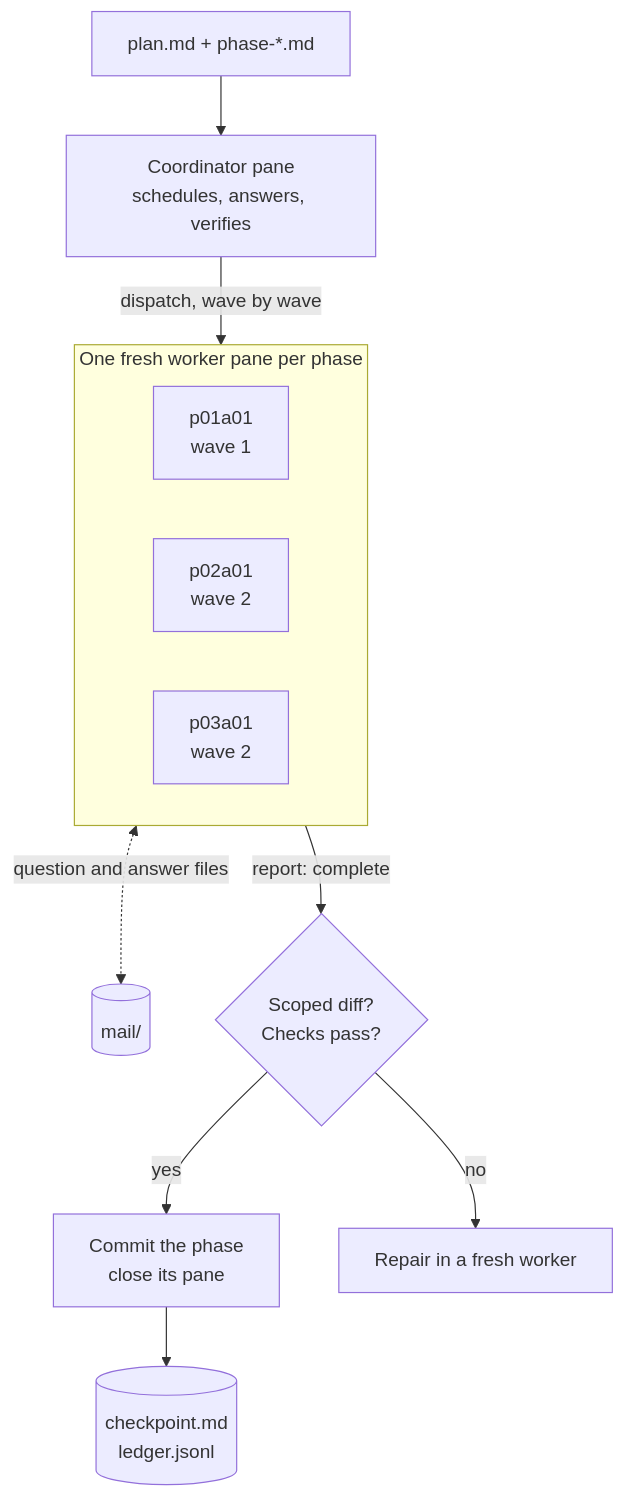
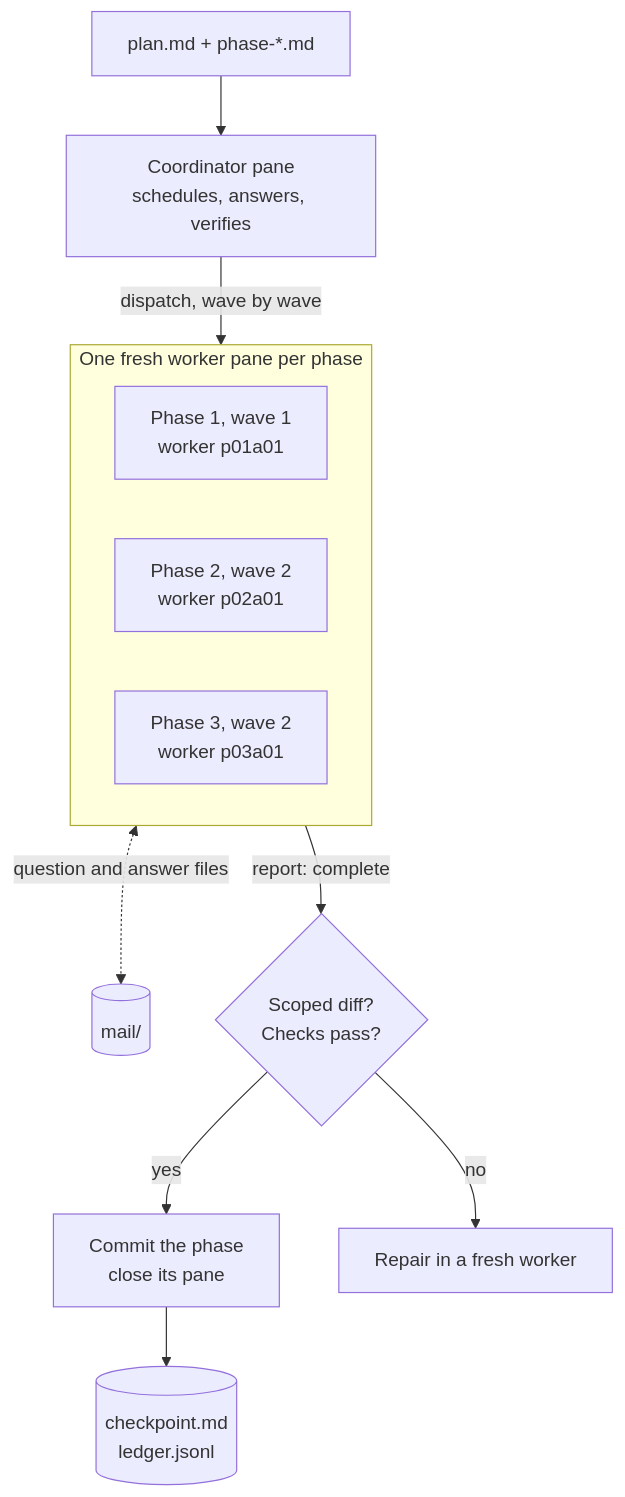
One commit to thieung/herdr-cook-plan changed the diagram in README.md. Above: the diagram before and after it, drawn with Mermaid. The commit also changed other lines of this file and 3 other files, not shown here.

Commit message:
docs: friendly worker labels in covers and diagram; explain worker IDs

````diff
--- a/README.md
+++ b/README.md
@@ -62,16 +62,16 @@
 ```mermaid
 flowchart TB
     plan["plan.md + phase-*.md"] --> coord["Coordinator pane<br/>schedules, answers, verifies"]
     coord -->|"dispatch, wave by wave"| workers
     subgraph workers["One fresh worker pane per phase"]
         direction LR
-        w1["p01a01<br/>wave 1"]
-        w2["p02a01<br/>wave 2"]
-        w3["p03a01<br/>wave 2"]
+        w1["Phase 1, wave 1<br/>worker p01a01"]
+        w2["Phase 2, wave 2<br/>worker p02a01"]
+        w3["Phase 3, wave 2<br/>worker p03a01"]
     end
     workers <-.->|"question and answer files"| mail[("mail/")]
     workers -->|"report: complete"| check{"Scoped diff?<br/>Checks pass?"}
     check -->|"yes"| commit["Commit the phase<br/>close its pane"]
     check -->|"no"| repair["Repair in a fresh worker"]
     commit --> state[("checkpoint.md<br/>ledger.jsonl")]
 ```
````
